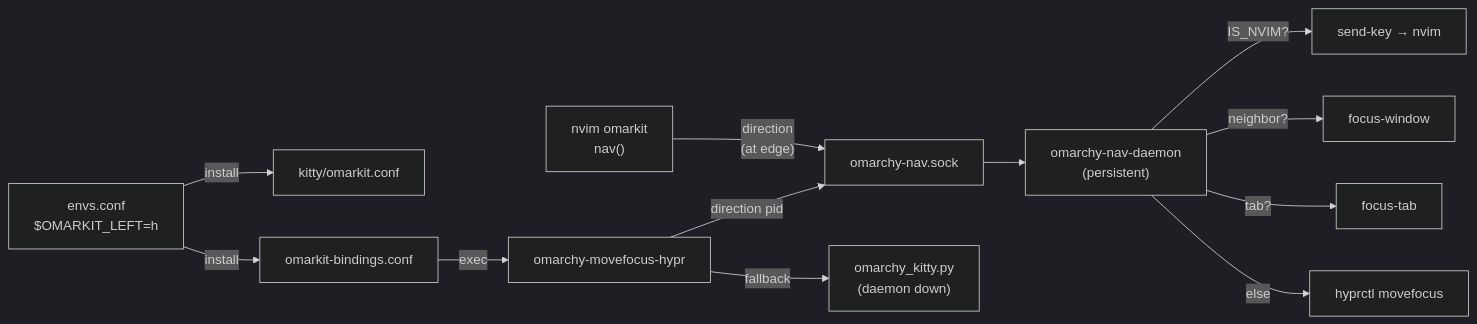
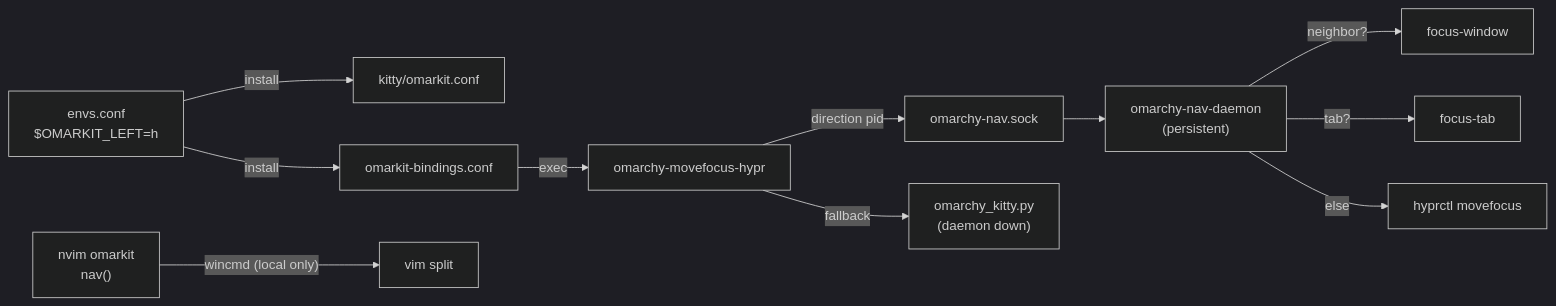
One commit to 3dyuval/omarkit.nvim changed the diagram in omarkit.md. Above: the diagram before and after it, drawn with Mermaid (dark theme). The commit also changed other lines of this file and 4 other files, not shown here.

````diff
--- a/omarkit.md
+++ b/omarkit.md
@@ -9,17 +9,16 @@
 ```mermaid
 flowchart LR
     envs["envs.conf\n$OMARKIT_LEFT=h"] -->|install| kitty_conf["kitty/omarkit.conf"]
     envs -->|install| hypr_bindings["omarkit-bindings.conf"]
 
     hypr_bindings -->|exec| mfh["omarchy-movefocus-hypr"]
     mfh -->|"direction pid"| sock["omarchy-nav.sock"]
     mfh -->|fallback| opy["omarchy_kitty.py\n(daemon down)"]
 
     sock --> daemon["omarchy-nav-daemon\n(persistent)"]
-    daemon -->|IS_NVIM?| nvim_key["send-key → nvim"]
     daemon -->|neighbor?| kitty_focus["focus-window"]
     daemon -->|tab?| kitty_tab["focus-tab"]
     daemon -->|else| hyprctl["hyprctl movefocus"]
 
-    nvim["nvim omarkit\nnav()"] -->|"direction\n(at edge)"| sock
+    nvim["nvim omarkit\nnav()"] -->|"wincmd (local only)"| nvim_split["vim split"]
 ```
````
